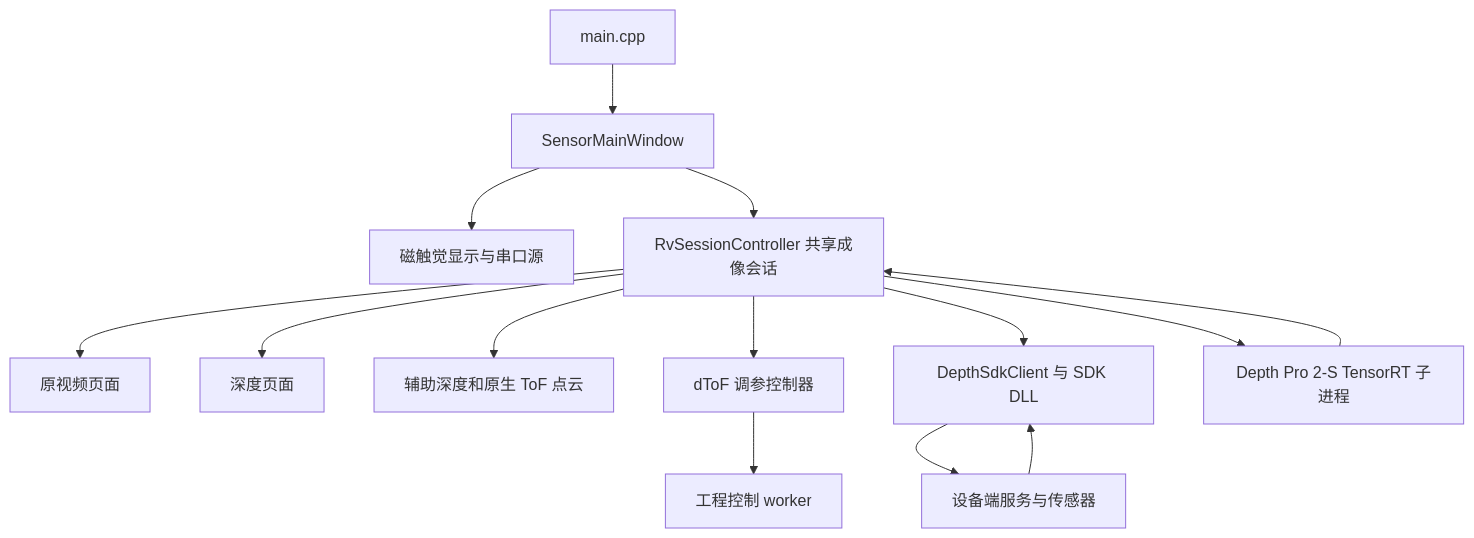
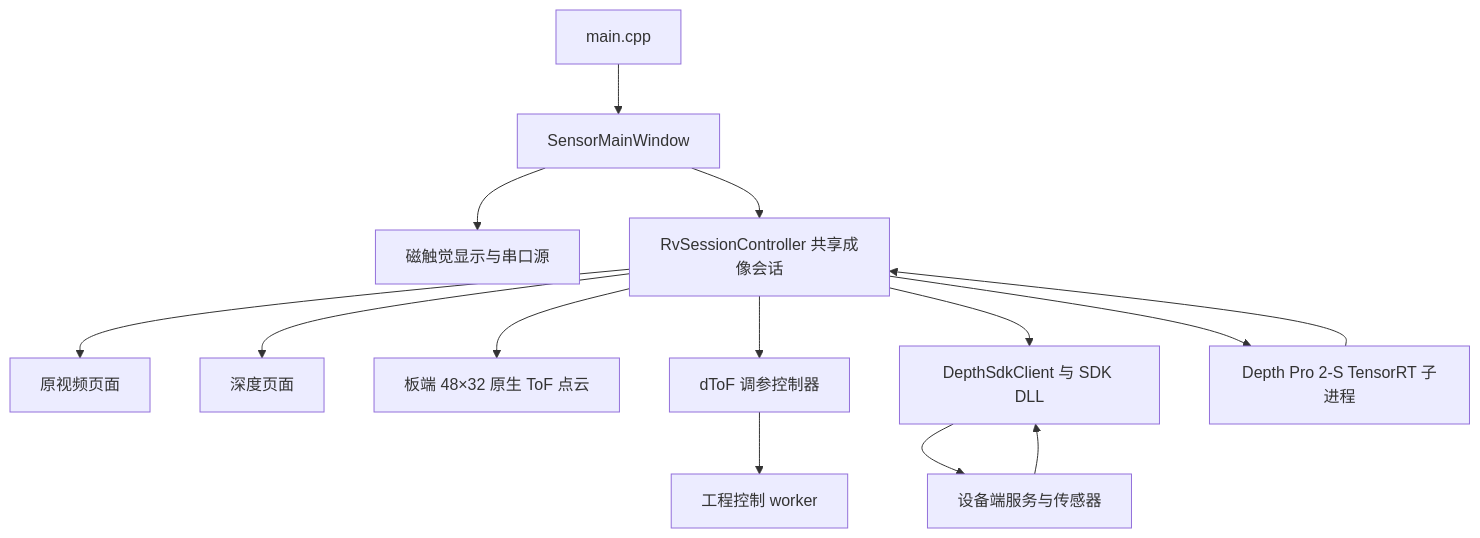
One commit to QinChen1998/depth-camera-and-tactile-sensor changed the diagram in docs/ARCHITECTURE.md. Above: the diagram before and after it, drawn with Mermaid. The commit also changed other lines of this file and 34 other files, not shown here.

````diff
--- a/docs/ARCHITECTURE.md
+++ b/docs/ARCHITECTURE.md
@@ -23,16 +23,16 @@
 ```mermaid
 flowchart TD
     Main[main.cpp] --> Window[SensorMainWindow]
     Window --> Tactile[磁触觉显示与串口源]
     Window --> Session[RvSessionController 共享成像会话]
     Session --> Camera[原视频页面]
     Session --> Depth[深度页面]
-    Session --> PointCloud[辅助深度和原生 ToF 点云]
+    Session --> PointCloud[板端 48×32 原生 ToF 点云]
     Session --> Tuner[dToF 调参控制器]
     Session --> Sdk[DepthSdkClient 与 SDK DLL]
     Sdk --> Board[设备端服务与传感器]
     Board --> Sdk
     Tuner --> Control[工程控制 worker]
     Session --> Assist[Depth Pro 2-S TensorRT 子进程]
     Assist --> Session
 ```
````
